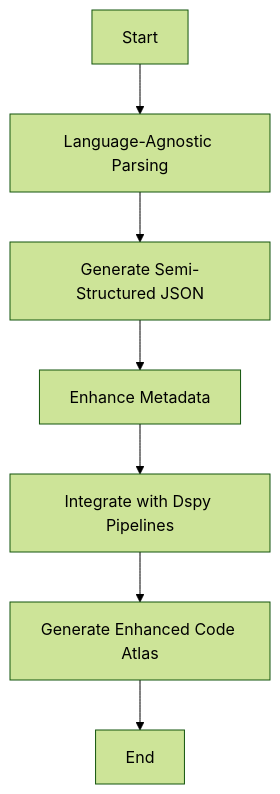
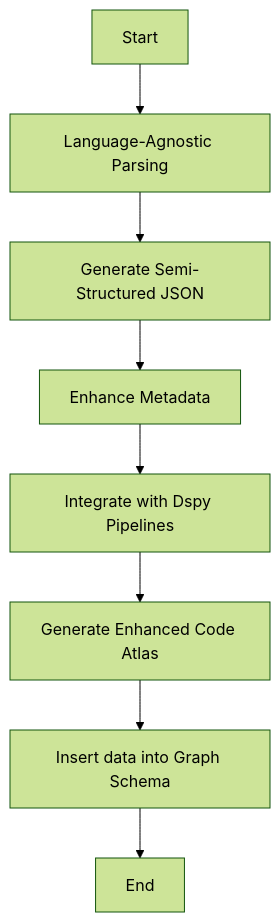
The second of 2 diagrams in README.md (unoplat/unoplat-code-confluence), drawn with Mermaid (forest theme) before and after one commit. The commit also changed other lines of this file, not shown here.

````diff
--- a/README.md
+++ b/README.md
@@ -81,9 +81,10 @@
 ```mermaid
 graph TD
     A[Start] --> B[Language-Agnostic Parsing]
     B --> C[Generate Semi-Structured JSON]
     C --> D[Enhance Metadata]
     D --> E[Integrate with Dspy Pipelines]
     E --> F[Generate Enhanced Code Atlas]
-    F --> G[End]
+    F --> G[Insert data into Graph Schema]
+    G --> H[End]
 ```
````
